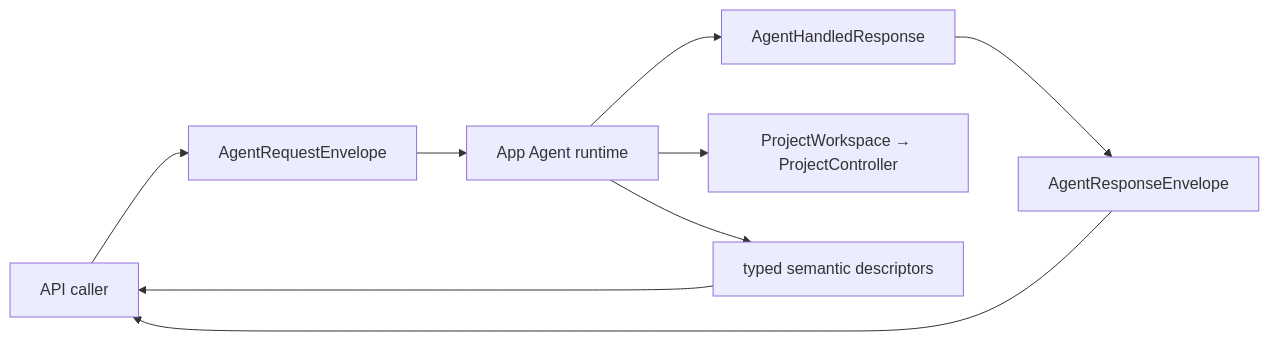
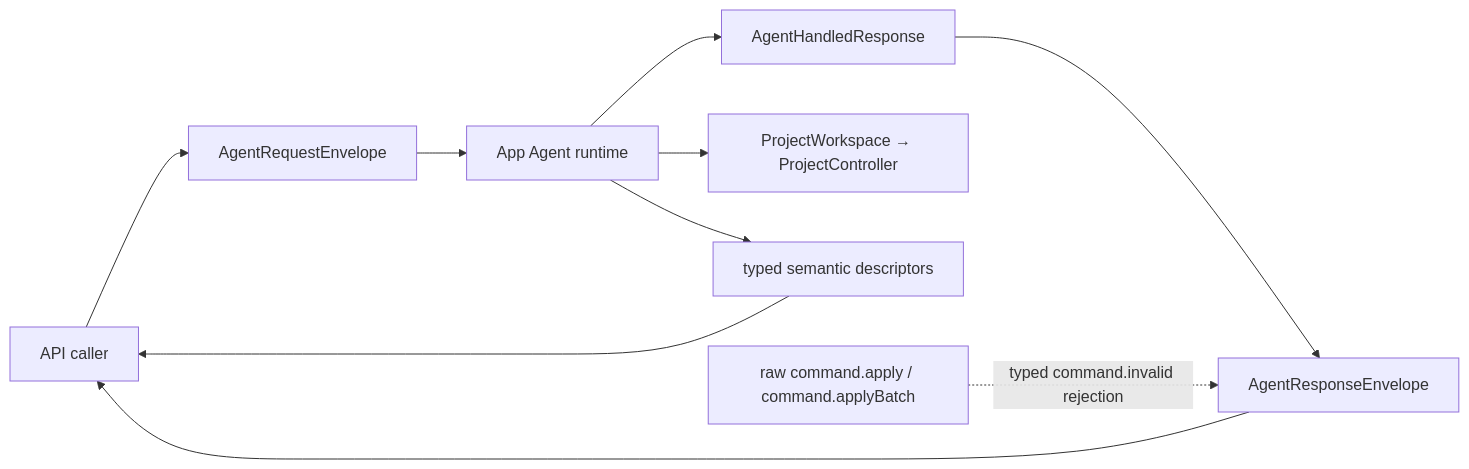
The first of 2 diagrams in RupaKit/Sources/RupaAgentProtocol/DESIGN.md (1amageek/Rupa), drawn with Mermaid before and after one commit. The commit also changed other lines of this file and 212 other files, not shown here.

Commit message:
Remove raw Agent feature graph access

````diff
--- a/RupaKit/Sources/RupaAgentProtocol/DESIGN.md
+++ b/RupaKit/Sources/RupaAgentProtocol/DESIGN.md
@@ -37,11 +39,12 @@
 ```mermaid
 flowchart LR
     Caller["API caller"] --> Request["AgentRequestEnvelope"]
     Request --> Runtime["App Agent runtime"]
     Runtime --> Handled["AgentHandledResponse"]
     Handled --> Response["AgentResponseEnvelope"]
     Response --> Caller
     Runtime --> Project["ProjectWorkspace → ProjectController"]
     Runtime --> Discovery["typed semantic descriptors"]
     Discovery --> Caller
+    Legacy["raw command.apply / command.applyBatch"] -.->|typed command.invalid rejection| Response
 ```
````
